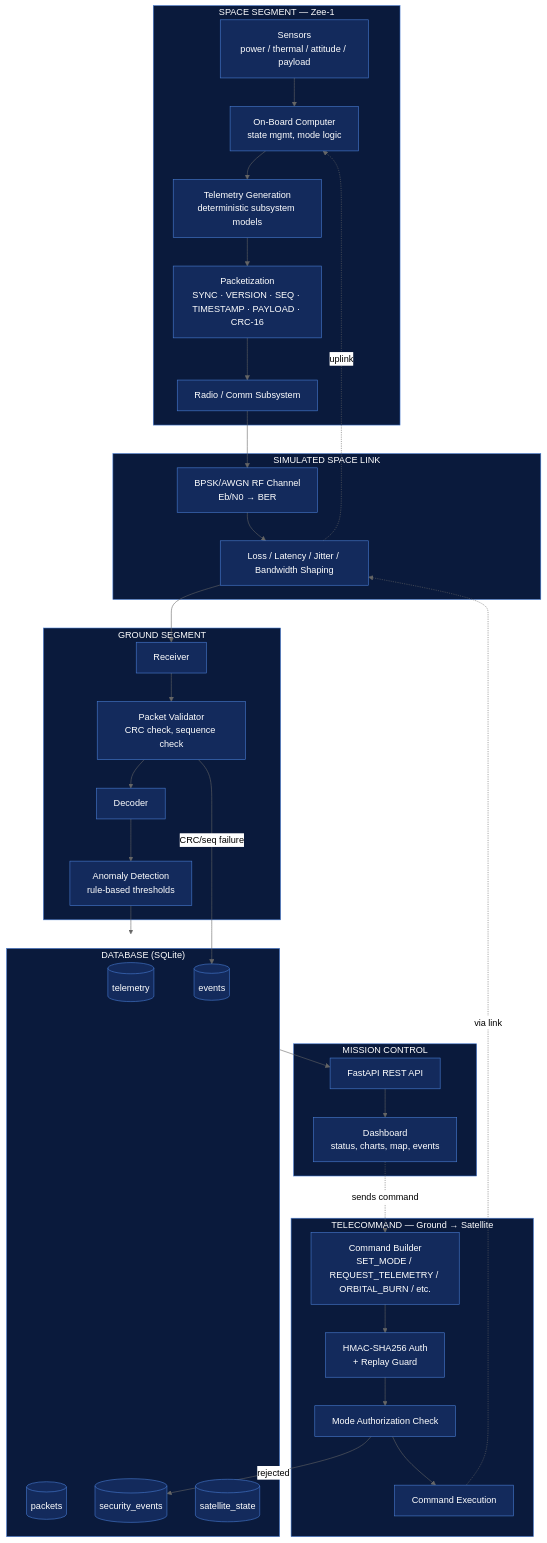
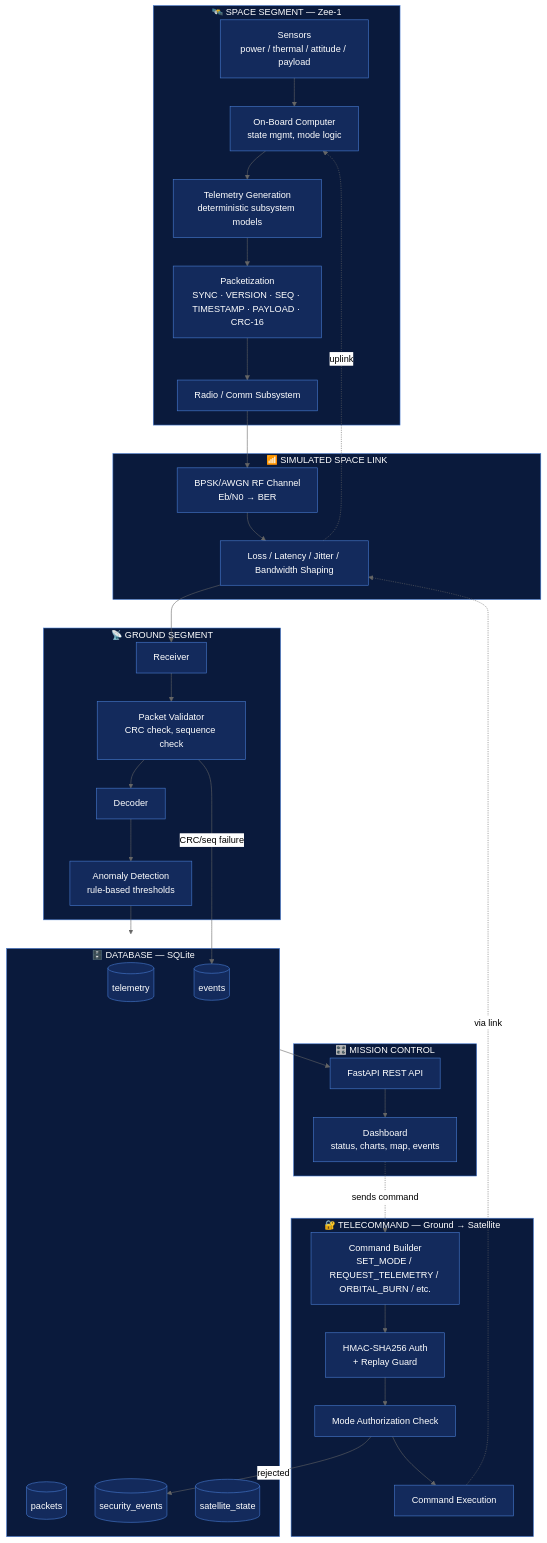
One commit to KekBatikMatcha/Zee-1-satellite-telemetry-simulator- changed the diagram in README.md. Above: the diagram before and after it, drawn with Mermaid (neutral theme). The commit also changed other lines of this file, not shown here.

````diff
--- a/README.md
+++ b/README.md
@@ -100,6 +108,6 @@
 ```mermaid
 flowchart TD
-    subgraph SPACE["SPACE SEGMENT — Zee-1"]
+    subgraph SPACE["🛰️ SPACE SEGMENT — Zee-1"]
         SENS[Sensors<br/>power / thermal / attitude / payload]
         OBC[On-Board Computer<br/>state mgmt, mode logic]
         TGEN[Telemetry Generation<br/>deterministic subsystem models]
@@ -109,13 +117,13 @@
         SENS --> OBC --> TGEN --> PKT --> RADIO
     end
 
-    subgraph LINK["SIMULATED SPACE LINK"]
+    subgraph LINK["📶 SIMULATED SPACE LINK"]
         RF[BPSK/AWGN RF Channel<br/>Eb/N0 → BER]
         DEGRADE[Loss / Latency / Jitter / Bandwidth Shaping]
         RF --> DEGRADE
     end
 
-    subgraph GROUND["GROUND SEGMENT"]
+    subgraph GROUND["📡 GROUND SEGMENT"]
         RECV[Receiver]
         VALID[Packet Validator<br/>CRC check, sequence check]
         DECODE[Decoder]
@@ -123,7 +131,7 @@
         RECV --> VALID --> DECODE --> ANOM
     end
 
-    subgraph DB["DATABASE (SQLite)"]
+    subgraph DB["🗄️ DATABASE — SQLite"]
         TELE_T[(telemetry)]
         PKT_T[(packets)]
         EVT_T[(events)]
@@ -131,7 +139,7 @@
         STATE_T[(satellite_state)]
     end
 
-    subgraph MC["MISSION CONTROL"]
+    subgraph MC["🎛️ MISSION CONTROL"]
         API[FastAPI REST API]
         DASH[Dashboard<br/>status, charts, map, events]
         API --> DASH
@@ -143,7 +151,7 @@
     DB --> API
 
     %% ---- Telecommand (reverse direction) ----
-    subgraph TC["TELECOMMAND — Ground → Satellite"]
+    subgraph TC["🔐 TELECOMMAND — Ground → Satellite"]
         CMD[Command Builder<br/>SET_MODE / REQUEST_TELEMETRY / ORBITAL_BURN / etc.]
         AUTH[HMAC-SHA256 Auth<br/>+ Replay Guard]
         AUTHZ[Mode Authorization Check]
@@ -157,7 +165,7 @@
     AUTHZ -- rejected --> SEC_T
     VALID -- CRC/seq failure --> EVT_T
 
-    %% ---- Dark blue styling ----
+    %% ---- Deep space styling ----
     style SPACE fill:#0a1a3c,stroke:#4a7fd6,stroke-width:1px,color:#fff
     style LINK fill:#0a1a3c,stroke:#4a7fd6,stroke-width:1px,color:#fff
     style GROUND fill:#0a1a3c,stroke:#4a7fd6,stroke-width:1px,color:#fff
````
